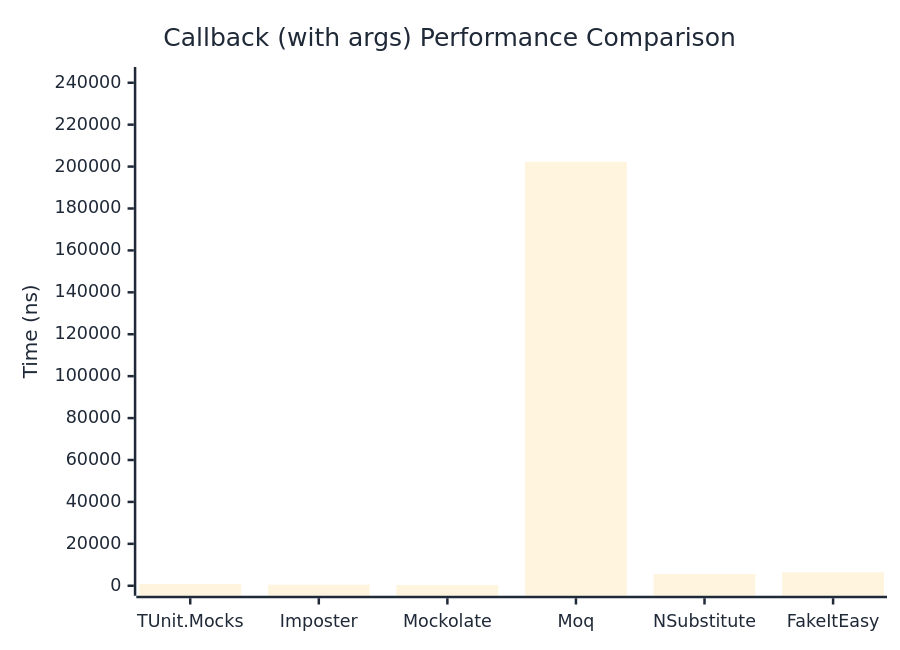
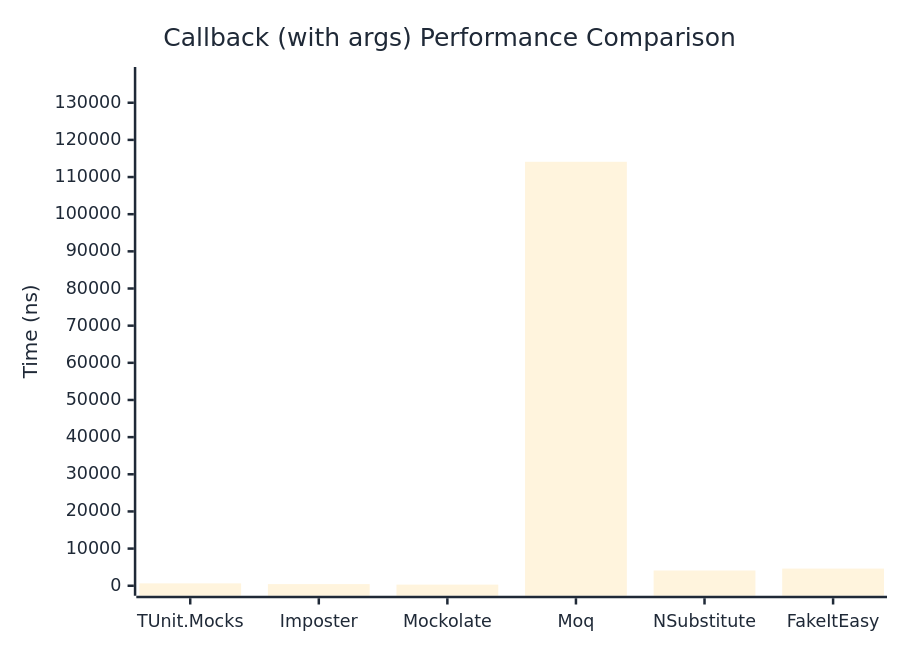
The second of 2 diagrams in docs/docs/benchmarks/mocks/Callback.md (thomhurst/TUnit), drawn with Mermaid before and after one commit. The commit also changed other lines of this file and 14 other files, not shown here.

````diff
--- a/docs/docs/benchmarks/mocks/Callback.md
+++ b/docs/docs/benchmarks/mocks/Callback.md
@@ -71,27 +71,27 @@
 ```mermaid
 %%{init: {
   'theme':'base',
   'themeVariables': {
     'primaryColor': '#2563eb',
     'primaryTextColor': '#1f2937',
     'primaryBorderColor': '#1e40af',
     'lineColor': '#6b7280',
     'secondaryColor': '#7c3aed',
     'tertiaryColor': '#dc2626',
     'background': '#ffffff',
     'pie1': '#2563eb',
     'pie2': '#7c3aed',
     'pie3': '#dc2626',
     'pie4': '#f59e0b',
     'pie5': '#10b981',
     'pie6': '#06b6d4',
     'pie7': '#ec4899',
     'pie8': '#6366f1'
   }
 }}%%
 xychart-beta
   title "Callback (with args) Performance Comparison"
   x-axis ["TUnit.Mocks", "Imposter", "Mockolate", "Moq", "NSubstitute", "FakeItEasy"]
-  y-axis "Time (ns)" 0 --> 242740
-  bar [793, 526.8, 393.6, 202283.3, 5607, 6405]
+  y-axis "Time (ns)" 0 --> 136925
+  bar [646.8, 443, 305.1, 114103.6, 4105.2, 4619.6]
 ```
````
